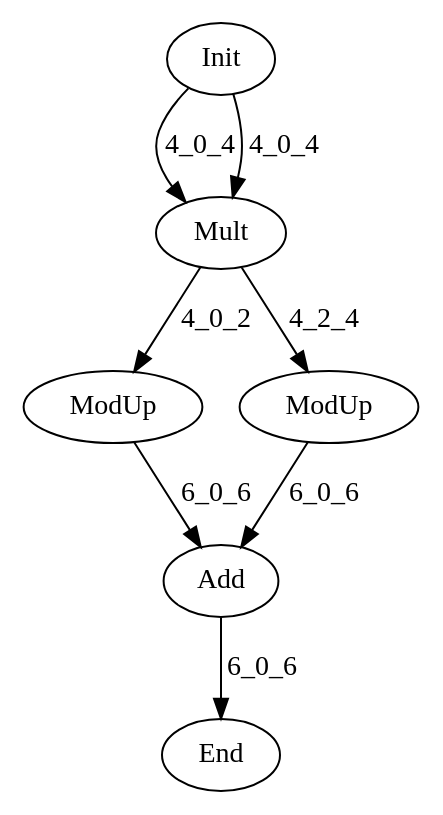
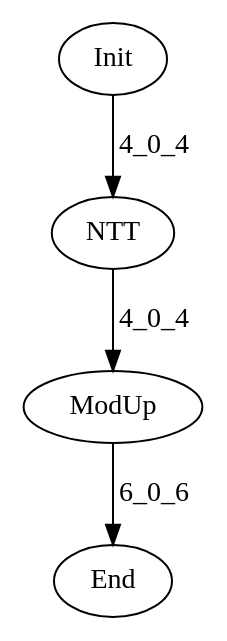
One commit to hal-lab-u-tokyo/PolyFHE changed the diagram in data/graph_poly.dot. Above: the diagram before and after it, drawn with Graphviz. The commit also changed 3 other files, not shown here.

```diff
--- a/data/graph_poly.dot
+++ b/data/graph_poly.dot
@@ -1,15 +1,9 @@
 digraph G {
 Init[label="Init"];
 End[label="End"];
-Mult[label="Mult"];
-Add[label="Add"];
+NTT[label="NTT"];
 ModUp[label="ModUp"];
-ModUp2[label="ModUp"];
-Init -> Mult[label="4_0_4"];
-Init -> Mult[label="4_0_4"];
-Mult -> ModUp[label="4_0_2"];
-Mult -> ModUp2[label="4_2_4"];
-ModUp -> Add[label="6_0_6"];
-ModUp2 -> Add[label="6_0_6"];
-Add -> End[label="6_0_6"];
+Init -> NTT[label="4_0_4"];
+NTT -> ModUp[label="4_0_4"];
+ModUp -> End[label="6_0_6"];
 }
```
